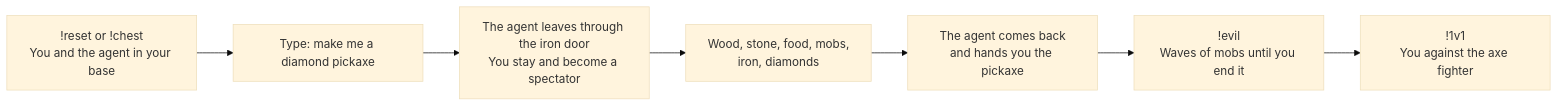
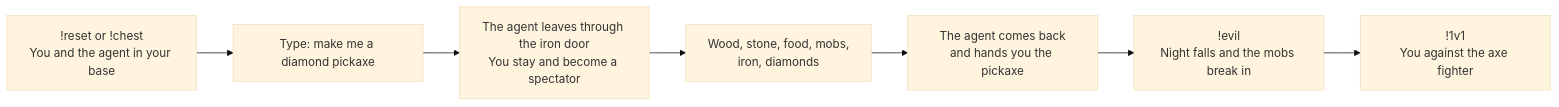
One commit to LiveFonam/cursor-for-minecraft changed the diagram in docs/demo-walkthrough.md. Above: the diagram before and after it, drawn with Mermaid (base theme). The commit also changed other lines of this file and 14 other files, not shown here.

Commit message:
Turn the evil god into a night siege with an enderman path

````diff
--- a/docs/demo-walkthrough.md
+++ b/docs/demo-walkthrough.md
@@ -5,9 +5,9 @@
 ```mermaid
 flowchart LR
     A["!reset or !chest<br/>You and the agent in your base"] --> B["Type: make me a diamond pickaxe"]
     B --> C["The agent leaves through the iron door<br/>You stay and become a spectator"]
     C --> D["Wood, stone, food, mobs,<br/>iron, diamonds"]
     D --> E["The agent comes back<br/>and hands you the pickaxe"]
-    E --> F["!evil<br/>Waves of mobs until you end it"]
+    E --> F["!evil<br/>Night falls and the mobs break in"]
     F --> G["!1v1<br/>You against the axe fighter"]
 ```
````
